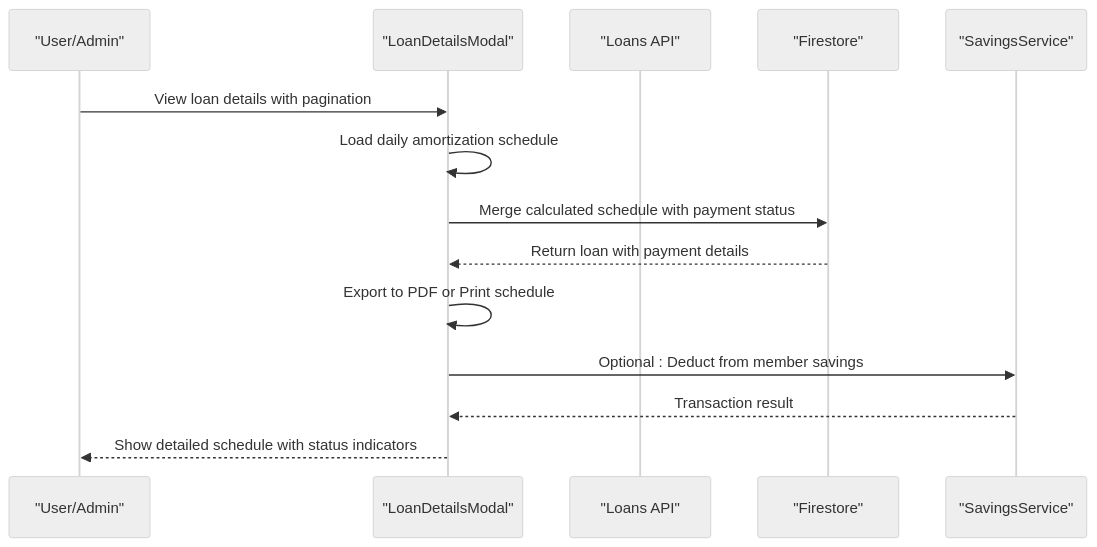
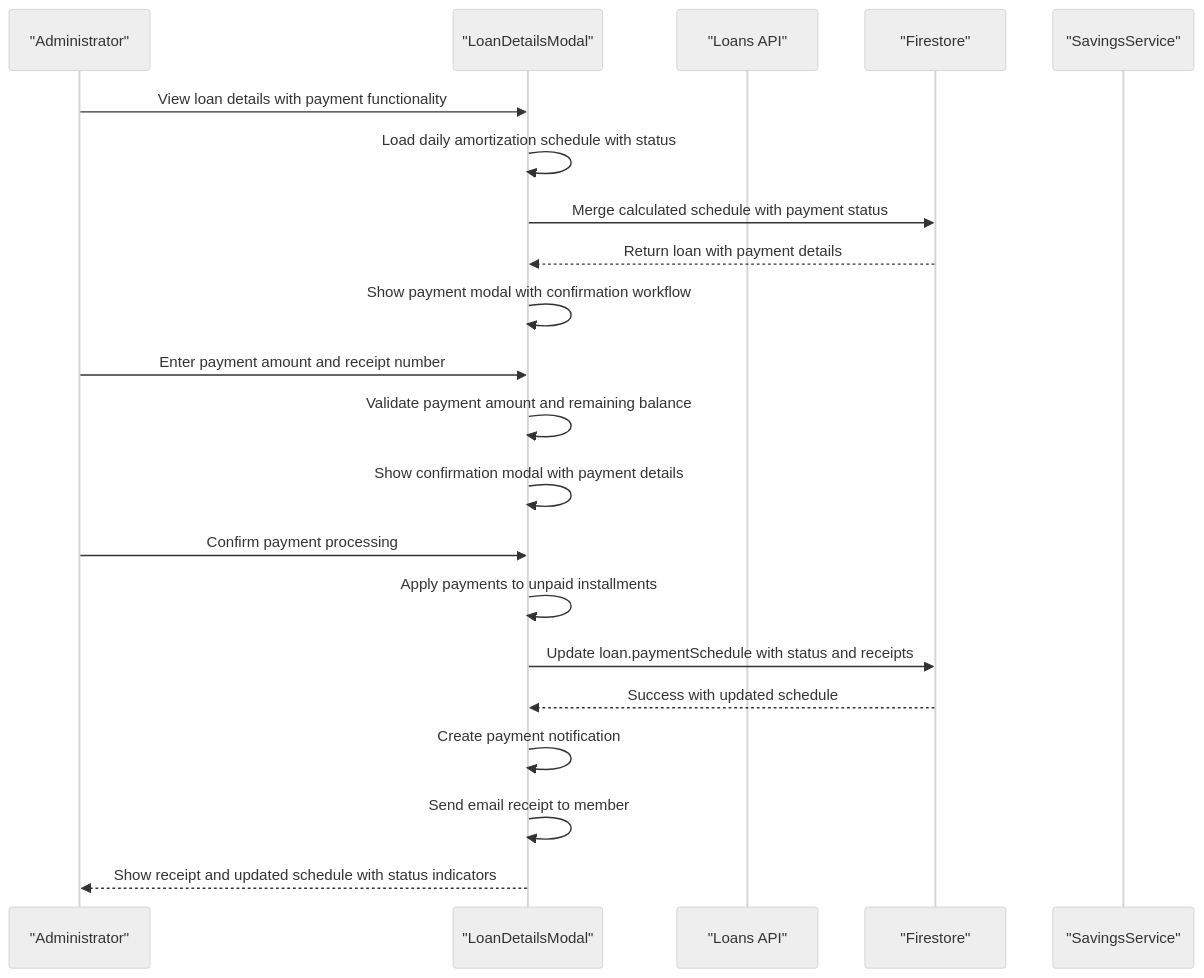
The second of 8 diagrams in .qoder/repowiki/en/content/Loan Management System/Loan Repayment System.md (Unsure-bry/sampacoop_system), drawn with Mermaid (neutral theme) before and after one commit. The commit also changed other lines of this file and 4 other files, not shown here.

Commit message:
Loan Amortization Update with Pagination

````diff
--- a/.qoder/repowiki/en/content/Loan Management System/Loan Repayment System.md
+++ b/.qoder/repowiki/en/content/Loan Management System/Loan Repayment System.md
@@ -138,16 +140,23 @@
 ```mermaid
 sequenceDiagram
-participant User as "User/Admin"
+participant Admin as "Administrator"
 participant Modal as "LoanDetailsModal"
 participant API as "Loans API"
 participant FS as "Firestore"
 participant Savings as "SavingsService"
-User->>Modal : View loan details with pagination
-Modal->>Modal : Load daily amortization schedule
+Admin->>Modal : View loan details with payment functionality
+Modal->>Modal : Load daily amortization schedule with status
 Modal->>FS : Merge calculated schedule with payment status
 FS-->>Modal : Return loan with payment details
-Modal->>Modal : Export to PDF or Print schedule
-Modal->>Savings : Optional : Deduct from member savings
-Savings-->>Modal : Transaction result
-Modal-->>User : Show detailed schedule with status indicators
+Modal->>Modal : Show payment modal with confirmation workflow
+Admin->>Modal : Enter payment amount and receipt number
+Modal->>Modal : Validate payment amount and remaining balance
+Modal->>Modal : Show confirmation modal with payment details
+Admin->>Modal : Confirm payment processing
+Modal->>Modal : Apply payments to unpaid installments
+Modal->>FS : Update loan.paymentSchedule with status and receipts
+FS-->>Modal : Success with updated schedule
+Modal->>Modal : Create payment notification
+Modal->>Modal : Send email receipt to member
+Modal-->>Admin : Show receipt and updated schedule with status indicators
 ```
````
